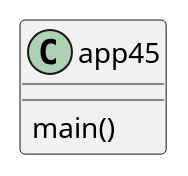
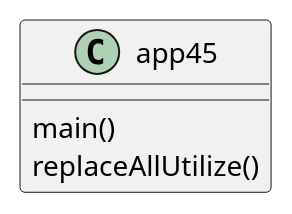
One commit to JustinGesek/gesek-cop3330-assignment3 changed the diagram in src/main/java/ex45/app45.puml. Above: the diagram before and after it, drawn with PlantUML. The commit also changed 19 other files, not shown here.

```diff
--- a/src/main/java/ex45/app45.puml
+++ b/src/main/java/ex45/app45.puml
@@ -1,8 +1,9 @@
 @startuml
 class app45
 {
     main()
+    replaceAllUtilize()
 }
 
 
 @enduml
```
